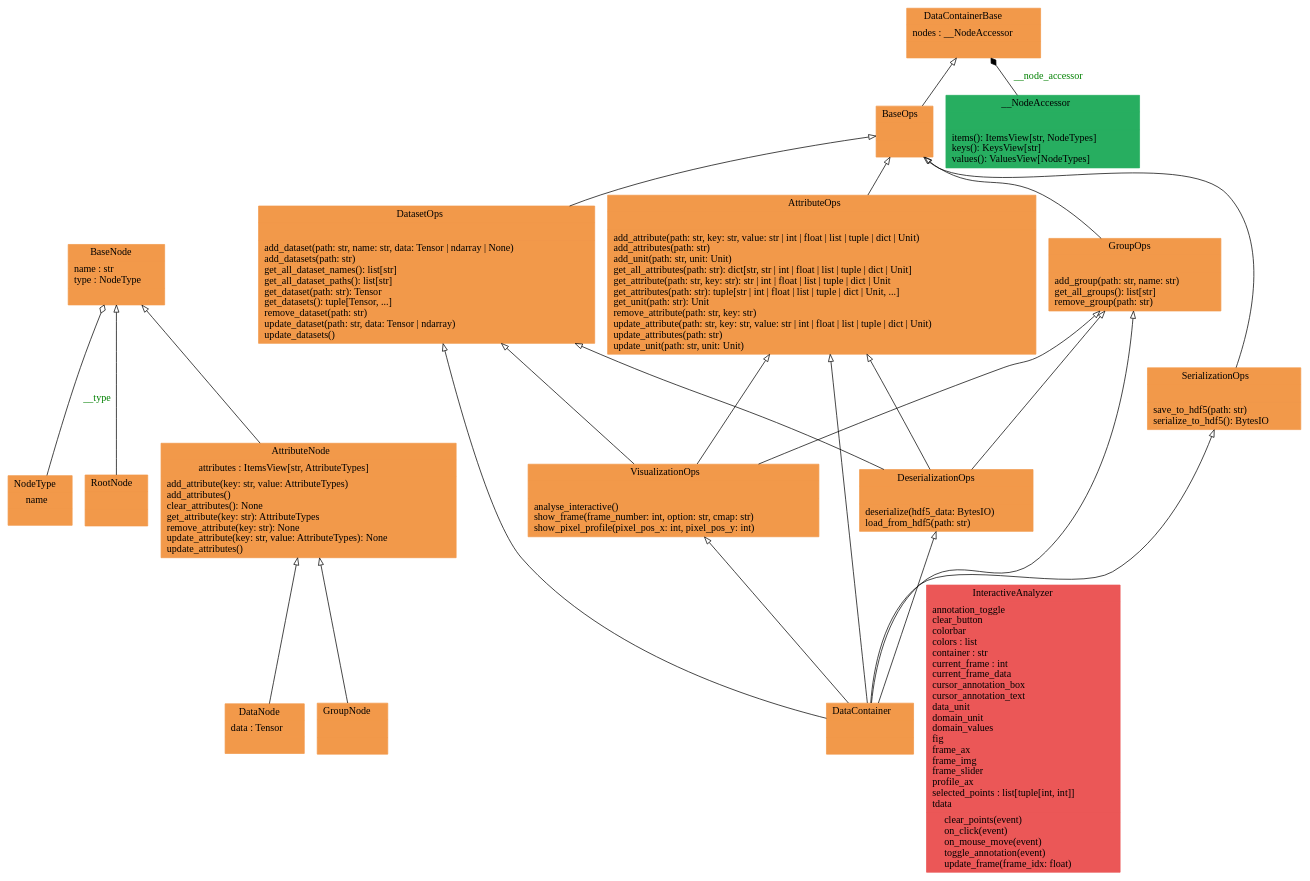
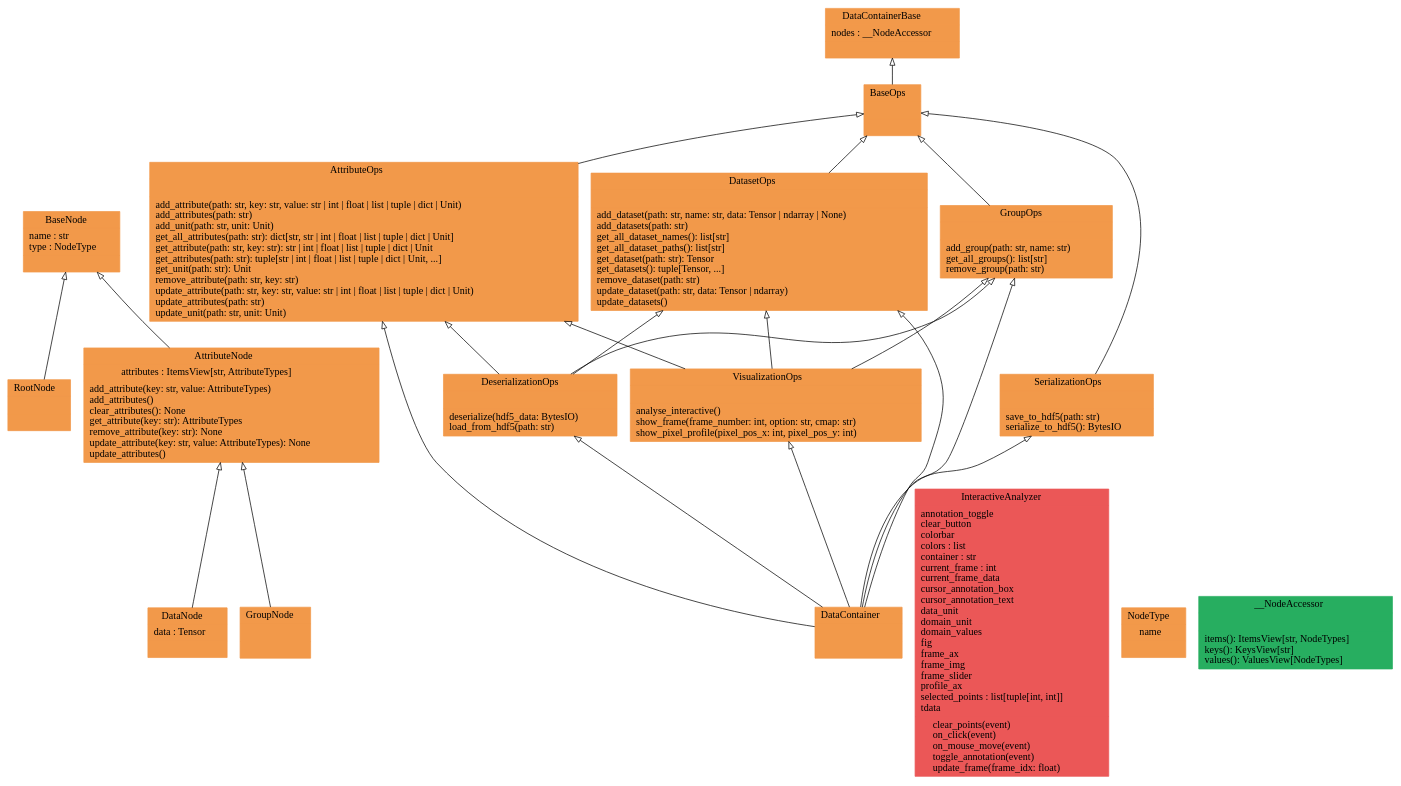
One commit to voidsy-gmbh/pyThermoNDT changed the diagram in docs/pyreverse/graphviz/classes_pythermondt.data.datacontainer.gv. Above: the diagram before and after it, drawn with Graphviz. The commit also changed 14 other files, not shown here.

```diff
--- a/docs/pyreverse/graphviz/classes_pythermondt.data.datacontainer.gv
+++ b/docs/pyreverse/graphviz/classes_pythermondt.data.datacontainer.gv
@@ -1,44 +1,42 @@
 digraph "classes_pythermondt.data.datacontainer" {
 rankdir=BT
 charset="utf-8"
 "pythermondt.data.datacontainer.node.AttributeNode" [color="#F2994A", fontcolor="black", label=<{AttributeNode|attributes : ItemsView[str, AttributeTypes]<br ALIGN="LEFT"/>|add_attribute(key: str, value: AttributeTypes)<br ALIGN="LEFT"/>add_attributes()<br ALIGN="LEFT"/>clear_attributes(): None<br ALIGN="LEFT"/>get_attribute(key: str): AttributeTypes<br ALIGN="LEFT"/>remove_attribute(key: str): None<br ALIGN="LEFT"/>update_attribute(key: str, value: AttributeTypes): None<br ALIGN="LEFT"/>update_attributes()<br ALIGN="LEFT"/>}>, shape="record", style="filled"];
 "pythermondt.data.datacontainer.attribute_ops.AttributeOps" [color="#F2994A", fontcolor="black", label=<{AttributeOps|<br ALIGN="LEFT"/>|add_attribute(path: str, key: str, value: str \| int \| float \| list \| tuple \| dict \| Unit)<br ALIGN="LEFT"/>add_attributes(path: str)<br ALIGN="LEFT"/>add_unit(path: str, unit: Unit)<br ALIGN="LEFT"/>get_all_attributes(path: str): dict[str, str \| int \| float \| list \| tuple \| dict \| Unit]<br ALIGN="LEFT"/>get_attribute(path: str, key: str): str \| int \| float \| list \| tuple \| dict \| Unit<br ALIGN="LEFT"/>get_attributes(path: str): tuple[str \| int \| float \| list \| tuple \| dict \| Unit, ...]<br ALIGN="LEFT"/>get_unit(path: str): Unit<br ALIGN="LEFT"/>remove_attribute(path: str, key: str)<br ALIGN="LEFT"/>update_attribute(path: str, key: str, value: str \| int \| float \| list \| tuple \| dict \| Unit)<br ALIGN="LEFT"/>update_attributes(path: str)<br ALIGN="LEFT"/>update_unit(path: str, unit: Unit)<br ALIGN="LEFT"/>}>, shape="record", style="filled"];
 "pythermondt.data.datacontainer.node.BaseNode" [color="#F2994A", fontcolor="black", label=<{BaseNode|name : str<br ALIGN="LEFT"/>type : NodeType<br ALIGN="LEFT"/>|}>, shape="record", style="filled"];
 "pythermondt.data.datacontainer.base.BaseOps" [color="#F2994A", fontcolor="black", label=<{BaseOps|<br ALIGN="LEFT"/>|}>, shape="record", style="filled"];
 "pythermondt.data.datacontainer.core.DataContainer" [color="#F2994A", fontcolor="black", label=<{DataContainer|<br ALIGN="LEFT"/>|}>, shape="record", style="filled"];
 "pythermondt.data.datacontainer.base.DataContainerBase" [color="#F2994A", fontcolor="black", label=<{DataContainerBase|nodes : __NodeAccessor<br ALIGN="LEFT"/>|}>, shape="record", style="filled"];
 "pythermondt.data.datacontainer.node.DataNode" [color="#F2994A", fontcolor="black", label=<{DataNode|data : Tensor<br ALIGN="LEFT"/>|}>, shape="record", style="filled"];
 "pythermondt.data.datacontainer.dataset_ops.DatasetOps" [color="#F2994A", fontcolor="black", label=<{DatasetOps|<br ALIGN="LEFT"/>|add_dataset(path: str, name: str, data: Tensor \| ndarray \| None)<br ALIGN="LEFT"/>add_datasets(path: str)<br ALIGN="LEFT"/>get_all_dataset_names(): list[str]<br ALIGN="LEFT"/>get_all_dataset_paths(): list[str]<br ALIGN="LEFT"/>get_dataset(path: str): Tensor<br ALIGN="LEFT"/>get_datasets(): tuple[Tensor, ...]<br ALIGN="LEFT"/>remove_dataset(path: str)<br ALIGN="LEFT"/>update_dataset(path: str, data: Tensor \| ndarray)<br ALIGN="LEFT"/>update_datasets()<br ALIGN="LEFT"/>}>, shape="record", style="filled"];
 "pythermondt.data.datacontainer.serialization_ops.DeserializationOps" [color="#F2994A", fontcolor="black", label=<{DeserializationOps|<br ALIGN="LEFT"/>|deserialize(hdf5_data: BytesIO)<br ALIGN="LEFT"/>load_from_hdf5(path: str)<br ALIGN="LEFT"/>}>, shape="record", style="filled"];
 "pythermondt.data.datacontainer.node.GroupNode" [color="#F2994A", fontcolor="black", label=<{GroupNode|<br ALIGN="LEFT"/>|}>, shape="record", style="filled"];
 "pythermondt.data.datacontainer.group_ops.GroupOps" [color="#F2994A", fontcolor="black", label=<{GroupOps|<br ALIGN="LEFT"/>|add_group(path: str, name: str)<br ALIGN="LEFT"/>get_all_groups(): list[str]<br ALIGN="LEFT"/>remove_group(path: str)<br ALIGN="LEFT"/>}>, shape="record", style="filled"];
 "pythermondt.data.datacontainer.visualization_ops.VisualizationOps.InteractiveAnalyzer" [color="#EB5757", fontcolor="black", label=<{InteractiveAnalyzer|annotation_toggle<br ALIGN="LEFT"/>clear_button<br ALIGN="LEFT"/>colorbar<br ALIGN="LEFT"/>colors : list<br ALIGN="LEFT"/>container : str<br ALIGN="LEFT"/>current_frame : int<br ALIGN="LEFT"/>current_frame_data<br ALIGN="LEFT"/>cursor_annotation_box<br ALIGN="LEFT"/>cursor_annotation_text<br ALIGN="LEFT"/>data_unit<br ALIGN="LEFT"/>domain_unit<br ALIGN="LEFT"/>domain_values<br ALIGN="LEFT"/>fig<br ALIGN="LEFT"/>frame_ax<br ALIGN="LEFT"/>frame_img<br ALIGN="LEFT"/>frame_slider<br ALIGN="LEFT"/>profile_ax<br ALIGN="LEFT"/>selected_points : list[tuple[int, int]]<br ALIGN="LEFT"/>tdata<br ALIGN="LEFT"/>|clear_points(event)<br ALIGN="LEFT"/>on_click(event)<br ALIGN="LEFT"/>on_mouse_move(event)<br ALIGN="LEFT"/>toggle_annotation(event)<br ALIGN="LEFT"/>update_frame(frame_idx: float)<br ALIGN="LEFT"/>}>, shape="record", style="filled"];
 "pythermondt.data.datacontainer.node.NodeType" [color="#F2994A", fontcolor="black", label=<{NodeType|name<br ALIGN="LEFT"/>|}>, shape="record", style="filled"];
 "pythermondt.data.datacontainer.node.RootNode" [color="#F2994A", fontcolor="black", label=<{RootNode|<br ALIGN="LEFT"/>|}>, shape="record", style="filled"];
 "pythermondt.data.datacontainer.serialization_ops.SerializationOps" [color="#F2994A", fontcolor="black", label=<{SerializationOps|<br ALIGN="LEFT"/>|save_to_hdf5(path: str)<br ALIGN="LEFT"/>serialize_to_hdf5(): BytesIO<br ALIGN="LEFT"/>}>, shape="record", style="filled"];
 "pythermondt.data.datacontainer.visualization_ops.VisualizationOps" [color="#F2994A", fontcolor="black", label=<{VisualizationOps|<br ALIGN="LEFT"/>|analyse_interactive()<br ALIGN="LEFT"/>show_frame(frame_number: int, option: str, cmap: str)<br ALIGN="LEFT"/>show_pixel_profile(pixel_pos_x: int, pixel_pos_y: int)<br ALIGN="LEFT"/>}>, shape="record", style="filled"];
 "pythermondt.data.datacontainer.base.DataContainerBase.__NodeAccessor" [color="#27AE60", fontcolor="black", label=<{__NodeAccessor|<br ALIGN="LEFT"/>|items(): ItemsView[str, NodeTypes]<br ALIGN="LEFT"/>keys(): KeysView[str]<br ALIGN="LEFT"/>values(): ValuesView[NodeTypes]<br ALIGN="LEFT"/>}>, shape="record", style="filled"];
 "pythermondt.data.datacontainer.attribute_ops.AttributeOps" -> "pythermondt.data.datacontainer.base.BaseOps" [arrowhead="empty", arrowtail="none"];
 "pythermondt.data.datacontainer.base.BaseOps" -> "pythermondt.data.datacontainer.base.DataContainerBase" [arrowhead="empty", arrowtail="none"];
 "pythermondt.data.datacontainer.core.DataContainer" -> "pythermondt.data.datacontainer.attribute_ops.AttributeOps" [arrowhead="empty", arrowtail="none"];
 "pythermondt.data.datacontainer.core.DataContainer" -> "pythermondt.data.datacontainer.dataset_ops.DatasetOps" [arrowhead="empty", arrowtail="none"];
 "pythermondt.data.datacontainer.core.DataContainer" -> "pythermondt.data.datacontainer.group_ops.GroupOps" [arrowhead="empty", arrowtail="none"];
 "pythermondt.data.datacontainer.core.DataContainer" -> "pythermondt.data.datacontainer.serialization_ops.DeserializationOps" [arrowhead="empty", arrowtail="none"];
 "pythermondt.data.datacontainer.core.DataContainer" -> "pythermondt.data.datacontainer.serialization_ops.SerializationOps" [arrowhead="empty", arrowtail="none"];
 "pythermondt.data.datacontainer.core.DataContainer" -> "pythermondt.data.datacontainer.visualization_ops.VisualizationOps" [arrowhead="empty", arrowtail="none"];
 "pythermondt.data.datacontainer.dataset_ops.DatasetOps" -> "pythermondt.data.datacontainer.base.BaseOps" [arrowhead="empty", arrowtail="none"];
 "pythermondt.data.datacontainer.group_ops.GroupOps" -> "pythermondt.data.datacontainer.base.BaseOps" [arrowhead="empty", arrowtail="none"];
 "pythermondt.data.datacontainer.node.AttributeNode" -> "pythermondt.data.datacontainer.node.BaseNode" [arrowhead="empty", arrowtail="none"];
 "pythermondt.data.datacontainer.node.DataNode" -> "pythermondt.data.datacontainer.node.AttributeNode" [arrowhead="empty", arrowtail="none"];
 "pythermondt.data.datacontainer.node.GroupNode" -> "pythermondt.data.datacontainer.node.AttributeNode" [arrowhead="empty", arrowtail="none"];
 "pythermondt.data.datacontainer.node.RootNode" -> "pythermondt.data.datacontainer.node.BaseNode" [arrowhead="empty", arrowtail="none"];
 "pythermondt.data.datacontainer.serialization_ops.DeserializationOps" -> "pythermondt.data.datacontainer.attribute_ops.AttributeOps" [arrowhead="empty", arrowtail="none"];
 "pythermondt.data.datacontainer.serialization_ops.DeserializationOps" -> "pythermondt.data.datacontainer.dataset_ops.DatasetOps" [arrowhead="empty", arrowtail="none"];
 "pythermondt.data.datacontainer.serialization_ops.DeserializationOps" -> "pythermondt.data.datacontainer.group_ops.GroupOps" [arrowhead="empty", arrowtail="none"];
 "pythermondt.data.datacontainer.serialization_ops.SerializationOps" -> "pythermondt.data.datacontainer.base.BaseOps" [arrowhead="empty", arrowtail="none"];
 "pythermondt.data.datacontainer.visualization_ops.VisualizationOps" -> "pythermondt.data.datacontainer.attribute_ops.AttributeOps" [arrowhead="empty", arrowtail="none"];
 "pythermondt.data.datacontainer.visualization_ops.VisualizationOps" -> "pythermondt.data.datacontainer.dataset_ops.DatasetOps" [arrowhead="empty", arrowtail="none"];
 "pythermondt.data.datacontainer.visualization_ops.VisualizationOps" -> "pythermondt.data.datacontainer.group_ops.GroupOps" [arrowhead="empty", arrowtail="none"];
-"pythermondt.data.datacontainer.base.DataContainerBase.__NodeAccessor" -> "pythermondt.data.datacontainer.base.DataContainerBase" [arrowhead="diamond", arrowtail="none", fontcolor="green", label="__node_accessor", style="solid"];
-"pythermondt.data.datacontainer.node.NodeType" -> "pythermondt.data.datacontainer.node.BaseNode" [arrowhead="odiamond", arrowtail="none", fontcolor="green", label="__type", style="solid"];
 }
```
